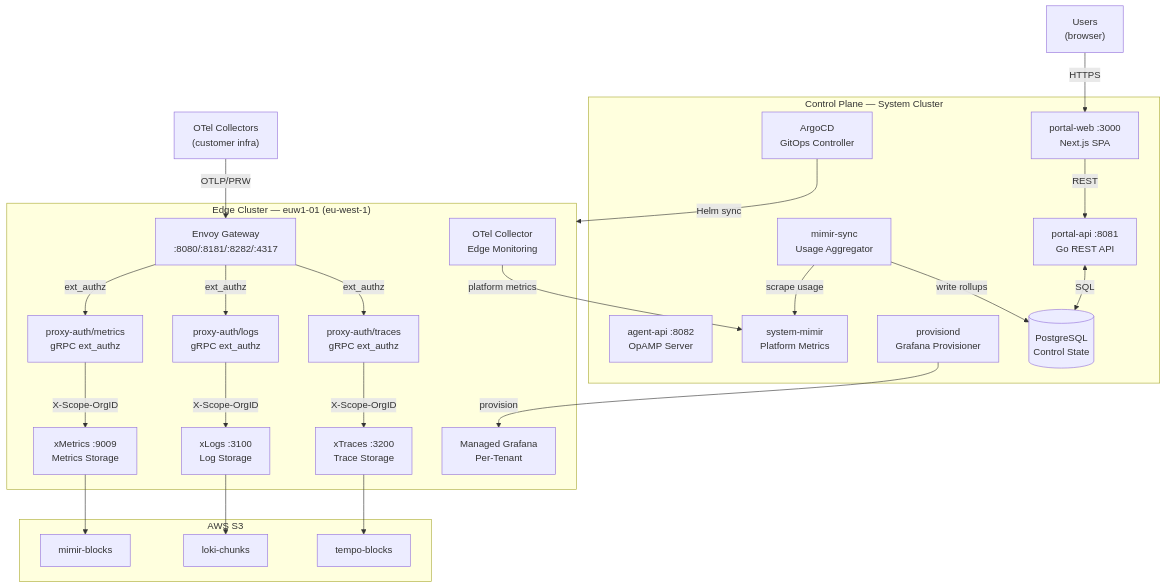
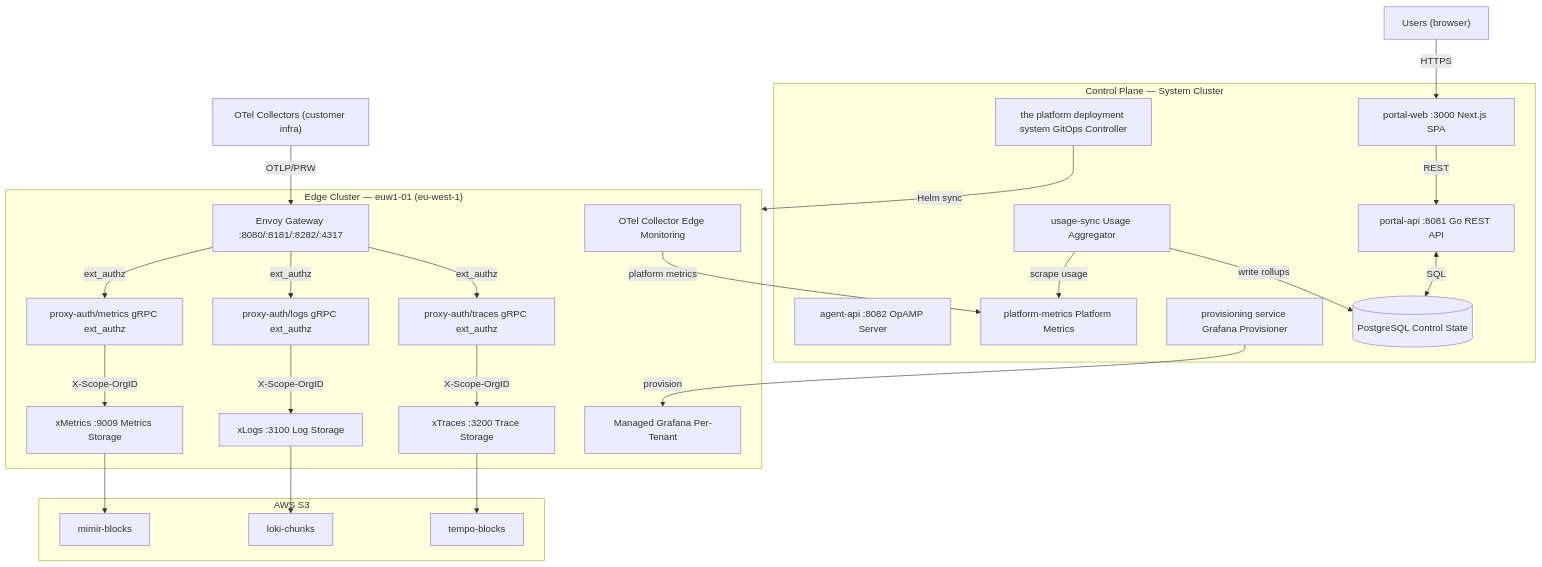
One commit to xscaler/training changed the diagram in docs/architecture/platform-architecture.md. Above: the diagram before and after it, drawn with Mermaid. The commit also changed other lines of this file and 38 other files, not shown here.

First line of the commit message:
Remove internal content, fix Mermaid diagrams, and rewrite labs as customer-facing exercises

````diff
--- a/docs/architecture/platform-architecture.md
+++ b/docs/architecture/platform-architecture.md
@@ -7,49 +7,49 @@
 ```mermaid
 graph TB
     subgraph CP["Control Plane — System Cluster"]
-        PA["portal-api :8081\nGo REST API"]
-        PW["portal-web :3000\nNext.js SPA"]
-        AA["agent-api :8082\nOpAMP Server"]
-        MS["mimir-sync\nUsage Aggregator"]
-        SM["system-mimir\nPlatform Metrics"]
-        PR["provisiond\nGrafana Provisioner"]
-        PG[("PostgreSQL\nControl State")]
-        AC["ArgoCD\nGitOps Controller"]
+        PA["portal-api :8081 Go REST API"]
+        PW["portal-web :3000 Next.js SPA"]
+        AA["agent-api :8082 OpAMP Server"]
+        MS["usage-sync Usage Aggregator"]
+        SM["platform-metrics Platform Metrics"]
+        PR["provisioning service Grafana Provisioner"]
+        PG[("PostgreSQL Control State")]
+        AC["the platform deployment system GitOps Controller"]
     end
 
     subgraph EDGE["Edge Cluster — euw1-01 (eu-west-1)"]
-        EN["Envoy Gateway\n:8080/:8181/:8282/:4317"]
-        PXM["proxy-auth/metrics\ngRPC ext_authz"]
-        PXL["proxy-auth/logs\ngRPC ext_authz"]
-        PXT["proxy-auth/traces\ngRPC ext_authz"]
-        MI["xMetrics :9009\nMetrics Storage"]
-        LO["xLogs :3100\nLog Storage"]
-        TE["xTraces :3200\nTrace Storage"]
-        GR["Managed Grafana\nPer-Tenant"]
-        OC["OTel Collector\nEdge Monitoring"]
+        EN["Envoy Gateway :8080/:8181/:8282/:4317"]
+        PXM["proxy-auth/metrics gRPC ext_authz"]
+        PXL["proxy-auth/logs gRPC ext_authz"]
+        PXT["proxy-auth/traces gRPC ext_authz"]
+        MI["xMetrics :9009 Metrics Storage"]
+        LO["xLogs :3100 Log Storage"]
+        TE["xTraces :3200 Trace Storage"]
+        GR["Managed Grafana Per-Tenant"]
+        OC["OTel Collector Edge Monitoring"]
     end
 
     subgraph S3["AWS S3"]
         S3M[mimir-blocks]
         S3L[loki-chunks]
         S3T[tempo-blocks]
     end
 
-    USERS["Users\n(browser)"] -->|HTTPS| PW
+    USERS["Users (browser)"] -->|HTTPS| PW
     PW -->|REST| PA
     PA <-->|SQL| PG
     MS -->|scrape usage| SM
     MS -->|write rollups| PG
     AC -->|Helm sync| EDGE
 
-    COLLECTORS["OTel Collectors\n(customer infra)"] -->|OTLP/PRW| EN
+    COLLECTORS["OTel Collectors (customer infra)"] -->|OTLP/PRW| EN
     EN -->|ext_authz| PXM & PXL & PXT
     PXM -->|X-Scope-OrgID| MI
     PXL -->|X-Scope-OrgID| LO
     PXT -->|X-Scope-OrgID| TE
     MI --> S3M
     LO --> S3L
     TE --> S3T
     OC -->|platform metrics| SM
     PR -->|provision| GR
 ```
````
